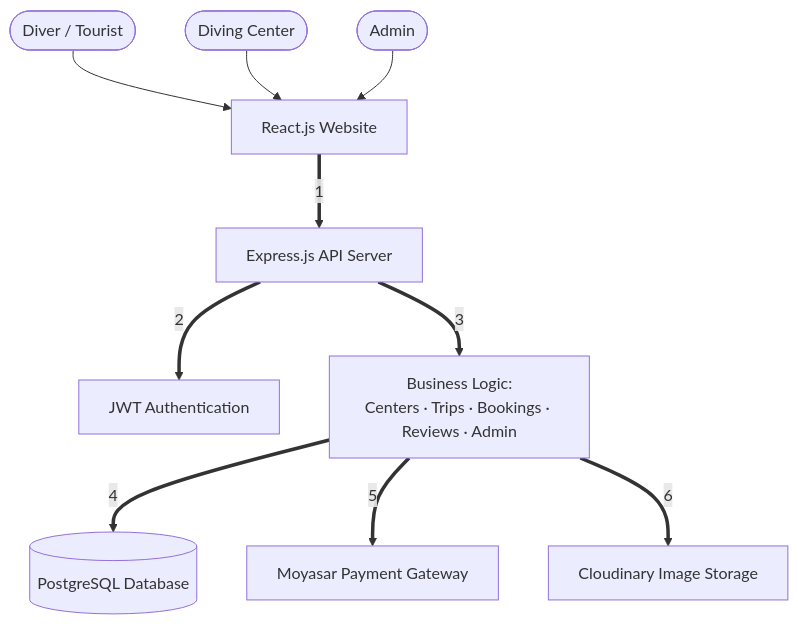
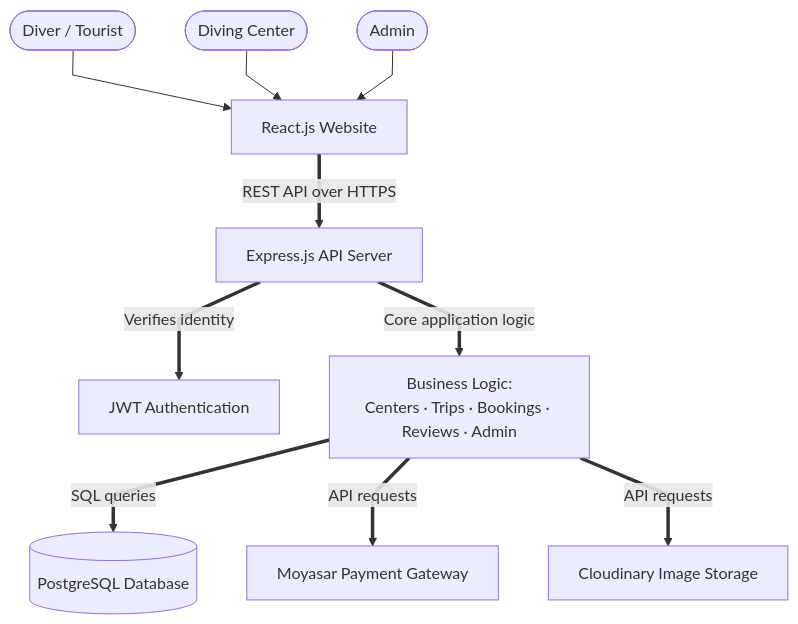
Before and after one commit to laradreamer79/Portfolio-Project: the first of 6 diagrams in stage 3/README.md, drawn with Mermaid. The commit also changed other lines of this file, not shown here.

Commit message:
Use full text labels with linear curve style for clearer non-overlapping arrows

````diff
--- a/stage 3/README.md
+++ b/stage 3/README.md
@@ -80,19 +80,20 @@
 ```mermaid
+%%{init: {"flowchart": {"curve": "linear"}} }%%
 flowchart TB
     Diver([Diver / Tourist])
     Center([Diving Center])
     Admin([Admin])
 
     Diver --> WebApp["React.js Website"]
     Center --> WebApp
     Admin --> WebApp
 
-    WebApp ==>|"1"| API["Express.js API Server"]
+    WebApp ==>|"REST API over HTTPS"| API["Express.js API Server"]
 
-    API ==>|"2"| Auth["JWT Authentication"]
-    API ==>|"3"| BL["Business Logic:<br/>Centers · Trips · Bookings · Reviews · Admin"]
+    API ==>|"Verifies identity"| Auth["JWT Authentication"]
+    API ==>|"Core application logic"| BL["Business Logic:<br/>Centers · Trips · Bookings · Reviews · Admin"]
 
-    BL ==>|"4"| DB[("PostgreSQL Database")]
-    BL ==>|"5"| Payment["Moyasar Payment Gateway"]
-    BL ==>|"6"| Media["Cloudinary Image Storage"]
+    BL ==>|"SQL queries"| DB[("PostgreSQL Database")]
+    BL ==>|"API requests"| Payment["Moyasar Payment Gateway"]
+    BL ==>|"API requests"| Media["Cloudinary Image Storage"]
 ```
````
